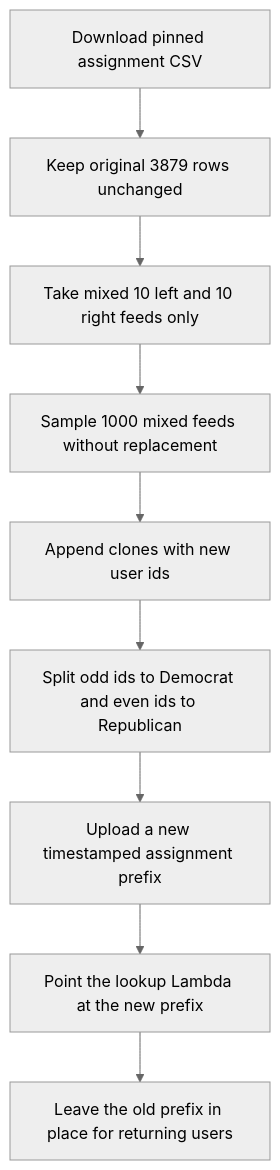
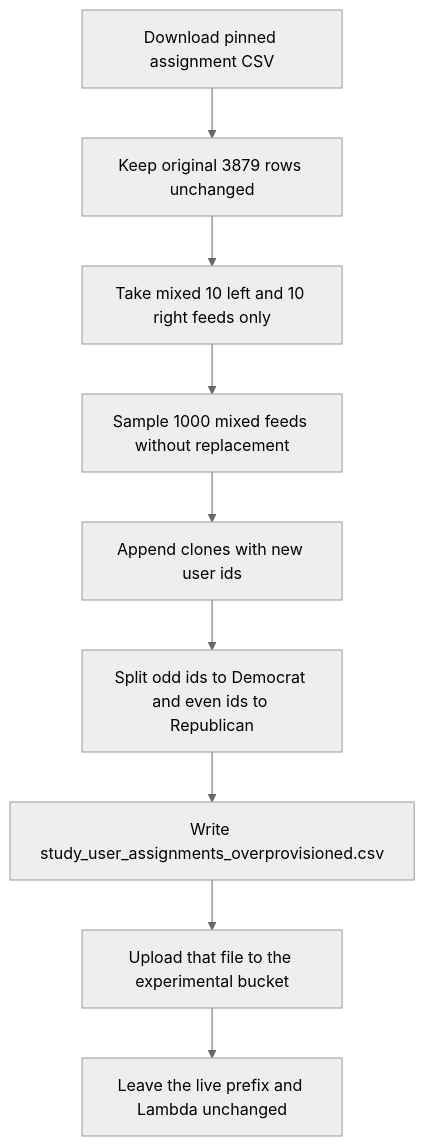
The diagram in docs/plans/2026-09-11_expand_study_user_assignments_f4e3d7/plan.md (METResearchGroup/mirrorView-task), drawn with Mermaid (neutral theme) before and after one commit. The commit also changed other lines of this file and 2 other files, not shown here.

First line of the commit message:
Lock the issue 287 plan on a 4879-row overprovisioned sibling file.

````diff
--- a/docs/plans/2026-09-11_expand_study_user_assignments_f4e3d7/plan.md
+++ b/docs/plans/2026-09-11_expand_study_user_assignments_f4e3d7/plan.md
@@ -17,11 +23,11 @@
 ```mermaid
 flowchart TD
     A[Download pinned assignment CSV] --> B[Keep original 3879 rows unchanged]
     B --> C[Take mixed 10 left and 10 right feeds only]
     C --> D[Sample 1000 mixed feeds without replacement]
     D --> E[Append clones with new user ids]
     E --> F[Split odd ids to Democrat and even ids to Republican]
-    F --> G[Upload a new timestamped assignment prefix]
-    G --> H[Point the lookup Lambda at the new prefix]
-    H --> I[Leave the old prefix in place for returning users]
+    F --> G[Write study_user_assignments_overprovisioned.csv]
+    G --> H[Upload that file to the experimental bucket]
+    H --> I[Leave the live prefix and Lambda unchanged]
 ```
````
